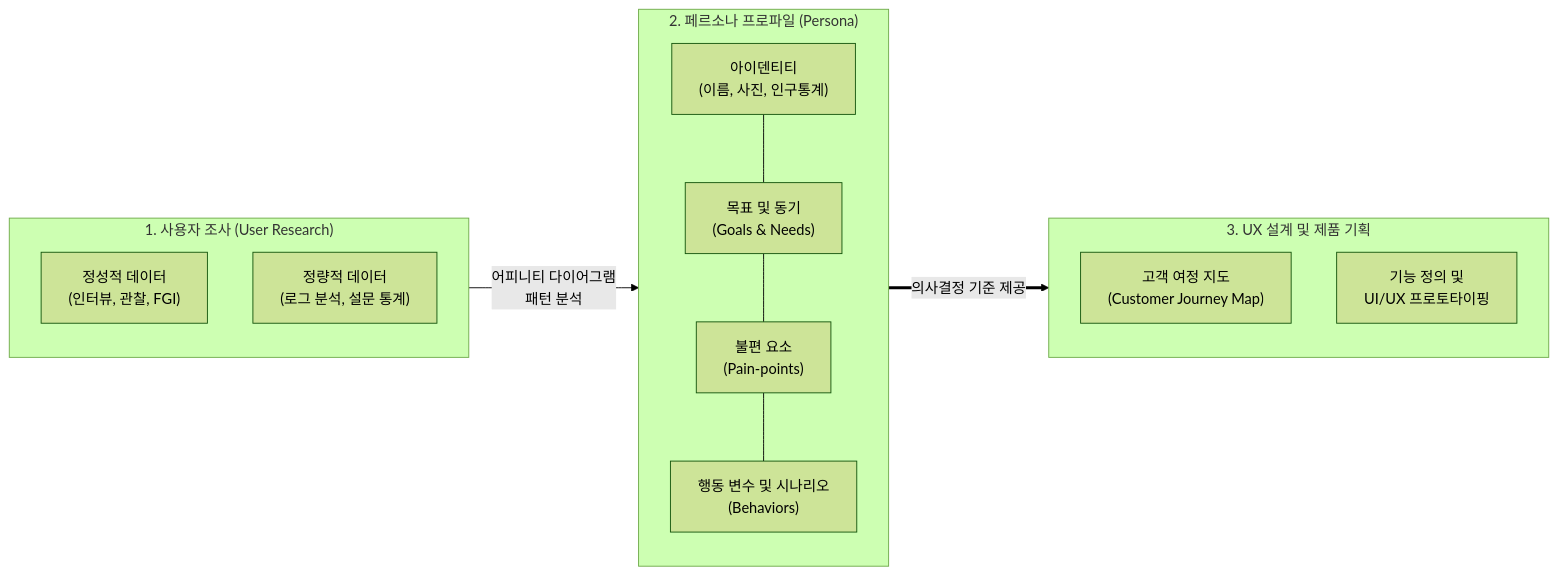
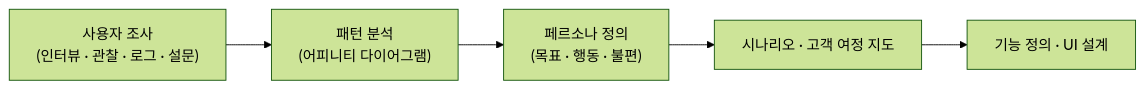
One commit to supremethumb/supremethumb.github.io changed the diagram in content/01_IT Tech/페르소나.md. Above: the diagram before and after it, drawn with Mermaid (forest theme). The commit also changed other lines of this file and 1087 other files, not shown here.

````diff
--- a/content/01_IT Tech/페르소나.md
+++ b/content/01_IT Tech/페르소나.md
@@ -23,28 +34,7 @@
 ```mermaid
 flowchart LR
-    subgraph User_Research ["1. 사용자 조사 (User Research)"]
-        direction TB
-        Qualitative["정성적 데이터<br/>(인터뷰, 관찰, FGI)"]
-        Quantitative["정량적 데이터<br/>(로그 분석, 설문 통계)"]
-    end
-
-    subgraph Persona_Profile ["2. 페르소나 프로파일 (Persona)"]
-        direction TB
-        Identity["아이덴티티<br/>(이름, 사진, 인구통계)"]
-        Goal["목표 및 동기<br/>(Goals & Needs)"]
-        PainPoint["불편 요소<br/>(Pain-points)"]
-        Behavior["행동 변수 및 시나리오<br/>(Behaviors)"]
-        
-        Identity --- Goal --- PainPoint --- Behavior
-    end
-
-    subgraph UX_Design ["3. UX 설계 및 제품 기획"]
-        direction TB
-        CJM["고객 여정 지도<br/>(Customer Journey Map)"]
-        Ideation["기능 정의 및<br/>UI/UX 프로토타이핑"]
-    end
-
-    User_Research -- "어피니티 다이어그램<br/>패턴 분석" --> Persona_Profile
-    Persona_Profile == "의사결정 기준 제공" ==> UX_Design
-
+    R["사용자 조사<br/>(인터뷰 · 관찰 · 로그 · 설문)"] --> P["패턴 분석<br/>(어피니티 다이어그램)"]
+    P --> PE["페르소나 정의<br/>(목표 · 행동 · 불편)"]
+    PE --> S["시나리오 · 고객 여정 지도"]
+    S --> D["기능 정의 · UI 설계"]
 ```
````
